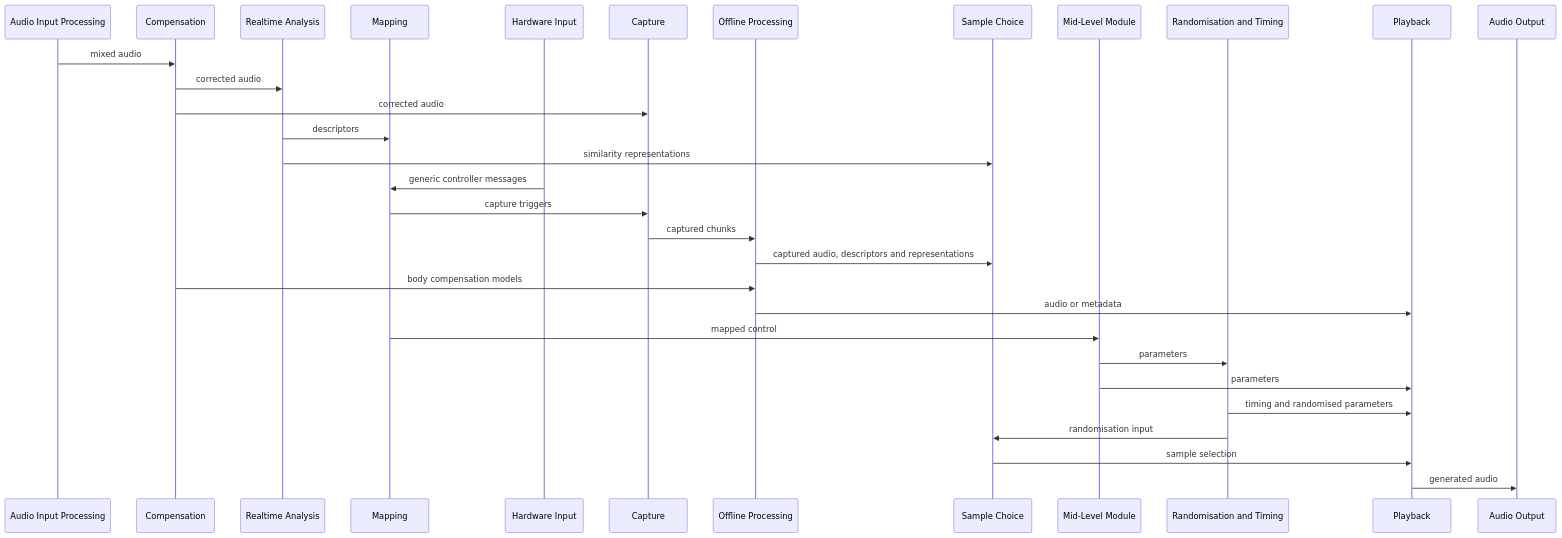
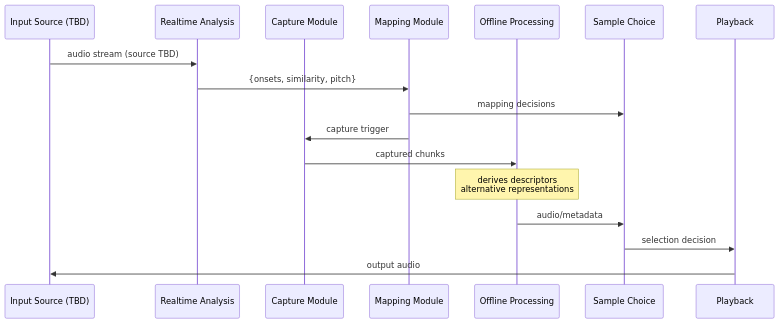
One commit to AlexHarker/wintersleep changed the fifth of 5 diagrams in System Architecture.md. Above: the diagram before and after it, drawn with Mermaid. The commit also changed other lines of this file and 2 other files, not shown here.

````diff
--- a/System Architecture.md
+++ b/System Architecture.md
@@ -134,34 +173,24 @@
 ```mermaid
 sequenceDiagram
-    participant Input as Audio Input Processing
-    participant Compensation
+    participant AudioInput as Input Source (TBD)
     participant Analysis as Realtime Analysis
-    participant Mapping
-    participant Hardware as Hardware Input
-    participant Capture
+    participant Capture as Capture Module
+    participant Mapping as Mapping Module
     participant Offline as Offline Processing
     participant Choice as Sample Choice
-    participant Mid as Mid-Level Module
-    participant Control as Randomisation and Timing
-    participant Playback
-    participant Output as Audio Output
-
-    Input->>Compensation: mixed audio
-    Compensation->>Analysis: corrected audio
-    Compensation->>Capture: corrected audio
-    Analysis->>Mapping: descriptors
-    Analysis->>Choice: similarity representations
-    Hardware->>Mapping: generic controller messages
-    Mapping->>Capture: capture triggers
+    participant Playback as Playback
+    
+    AudioInput->>Analysis: audio stream (source TBD)
+    Analysis->>Mapping: {onsets, similarity, pitch}
+    
+    Mapping->>Choice: mapping decisions
+    Mapping->>Capture: capture trigger
     Capture->>Offline: captured chunks
-    Offline->>Choice: captured audio, descriptors and representations
-    Compensation->>Offline: body compensation models
-    Offline->>Playback: audio or metadata
-    Mapping->>Mid: mapped control
-    Mid->>Control: parameters
-    Mid->>Playback: parameters
-    Control->>Playback: timing and randomised parameters
-    Control->>Choice: randomisation input
-    Choice->>Playback: sample selection
-    Playback->>Output: generated audio
+    
+    Note over Offline: derives descriptors<br/>alternative representations
+    
+    Offline->>Choice: audio/metadata
+    Choice->>Playback: selection decision
+    
+    Playback->>AudioInput: output audio
 ```
````
